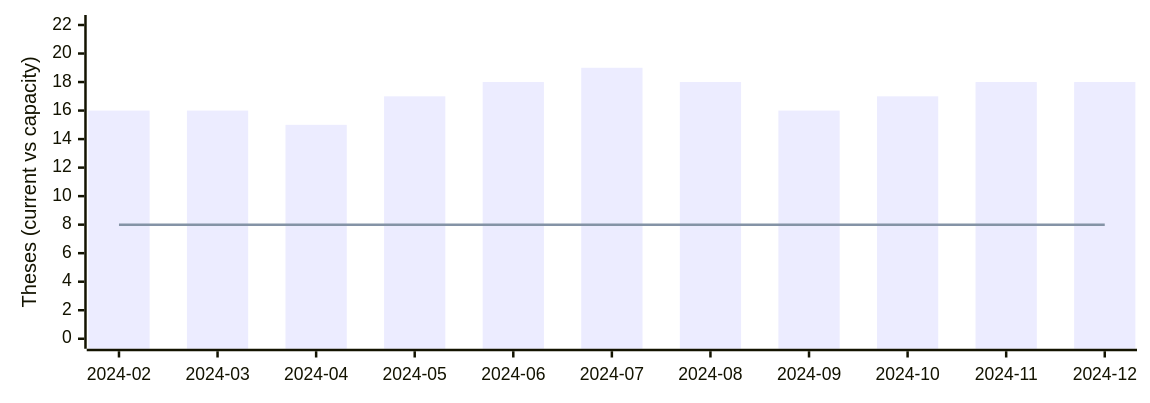
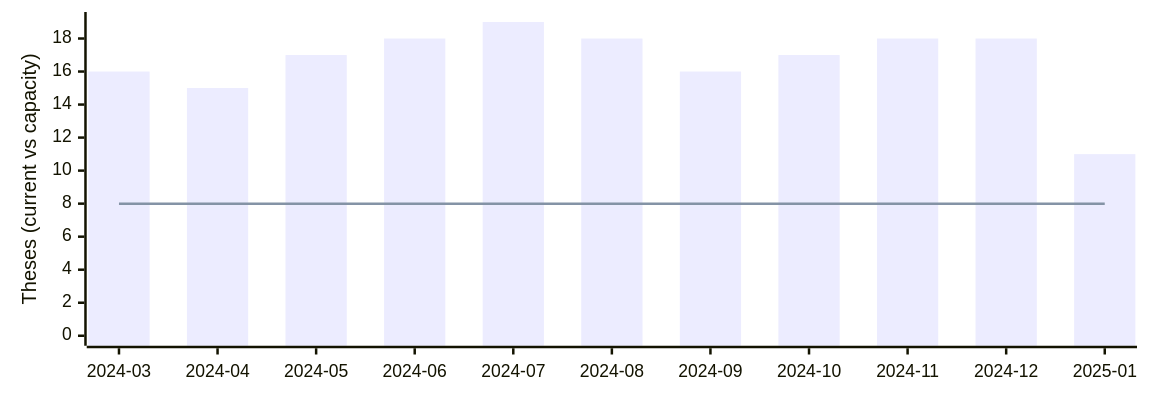
The diagram in _includes/availability.md (digital-work-lab/theses), drawn with Mermaid before and after one commit.

Commit message:
Update availability chart

````diff
--- a/_includes/availability.md
+++ b/_includes/availability.md
@@ -2,13 +2,13 @@
 ```mermaid
 ---
 config:
     xyChart:
         width: 900
         height: 300
 ---
 xychart-beta
-    x-axis [2024-02, 2024-03, 2024-04, 2024-05, 2024-06, 2024-07, 2024-08, 2024-09, 2024-10, 2024-11, 2024-12]
-    y-axis "Theses (current vs capacity)" 0 --> 22
-    bar [16, 16, 15, 17, 18, 19, 18, 16, 17, 18, 18]
-    line [8,8,8,8,8,8,8,8,8,8,8]
+    x-axis [2024-03, 2024-04, 2024-05, 2024-06, 2024-07, 2024-08, 2024-09, 2024-10, 2024-11, 2024-12, 2025-01]
+    y-axis "Theses (current vs capacity)" 0 --> 19
+    bar [16, 15, 17, 18, 19, 18, 16, 17, 18, 18, 11]
+    line [8, 8, 8, 8, 8, 8, 8, 8, 8, 8, 8]
 ```
````
